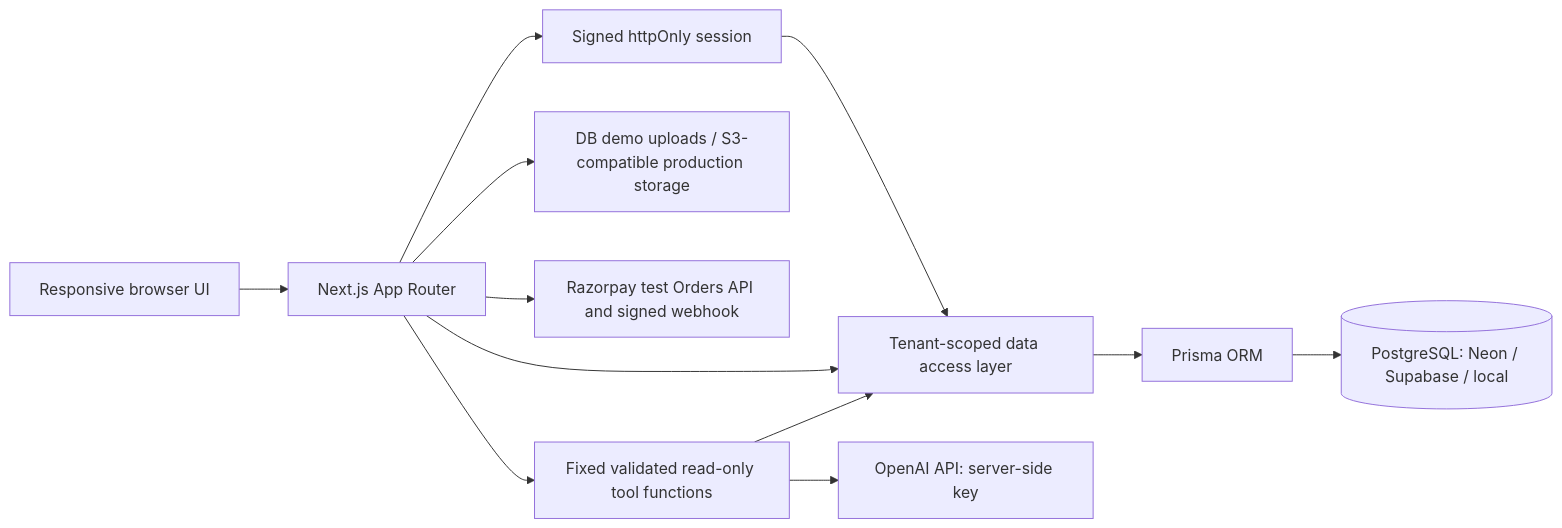
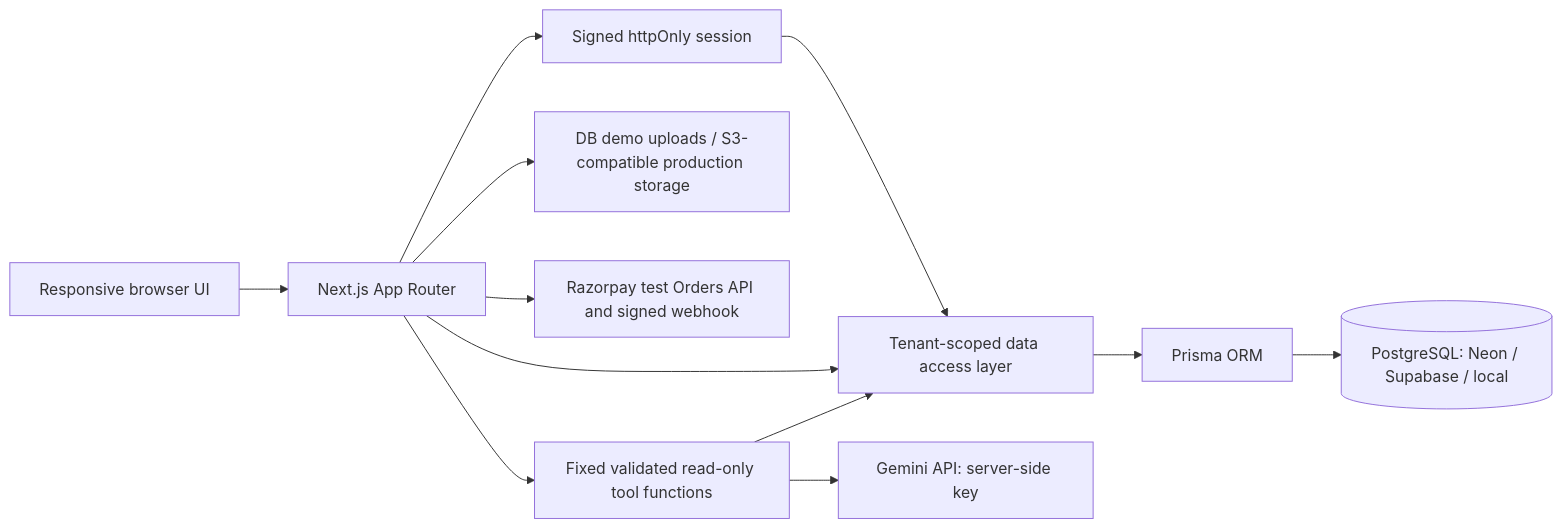
Before and after one commit to r4kshith/Hackathon-project: the diagram in README.md, drawn with Mermaid. The commit also changed other lines of this file and 28 other files, not shown here.

````diff
--- a/README.md
+++ b/README.md
@@ -59,14 +59,14 @@
 ```mermaid
 flowchart LR
   Browser[Responsive browser UI] --> Next[Next.js App Router]
   Next --> Auth[Signed httpOnly session]
   Auth --> DAL[Tenant-scoped data access layer]
   Next --> DAL
   DAL --> Prisma[Prisma ORM]
   Prisma --> DB[(PostgreSQL: Neon / Supabase / local)]
   Next --> Storage[DB demo uploads / S3-compatible production storage]
   Next --> Razorpay[Razorpay test Orders API and signed webhook]
   Next --> Tools[Fixed validated read-only tool functions]
   Tools --> DAL
-  Tools --> OpenAI[OpenAI API: server-side key]
+  Tools --> Gemini[Gemini API: server-side key]
 ```
````
